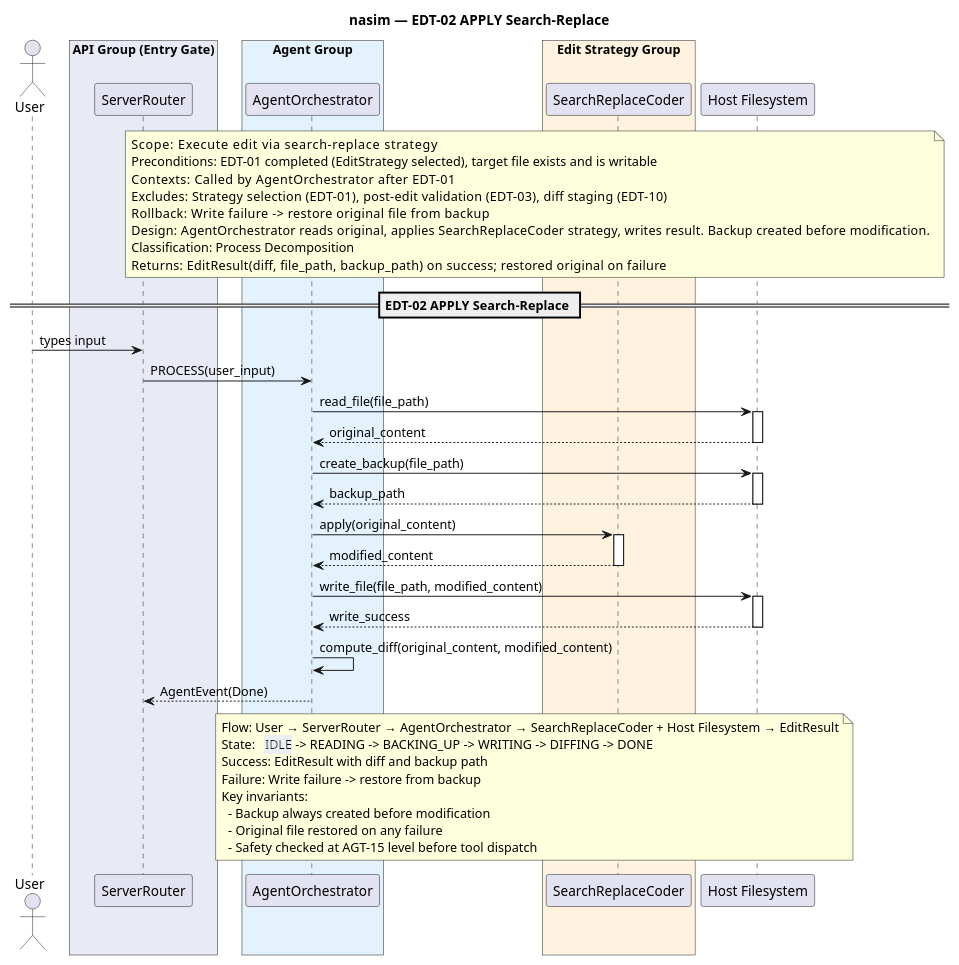
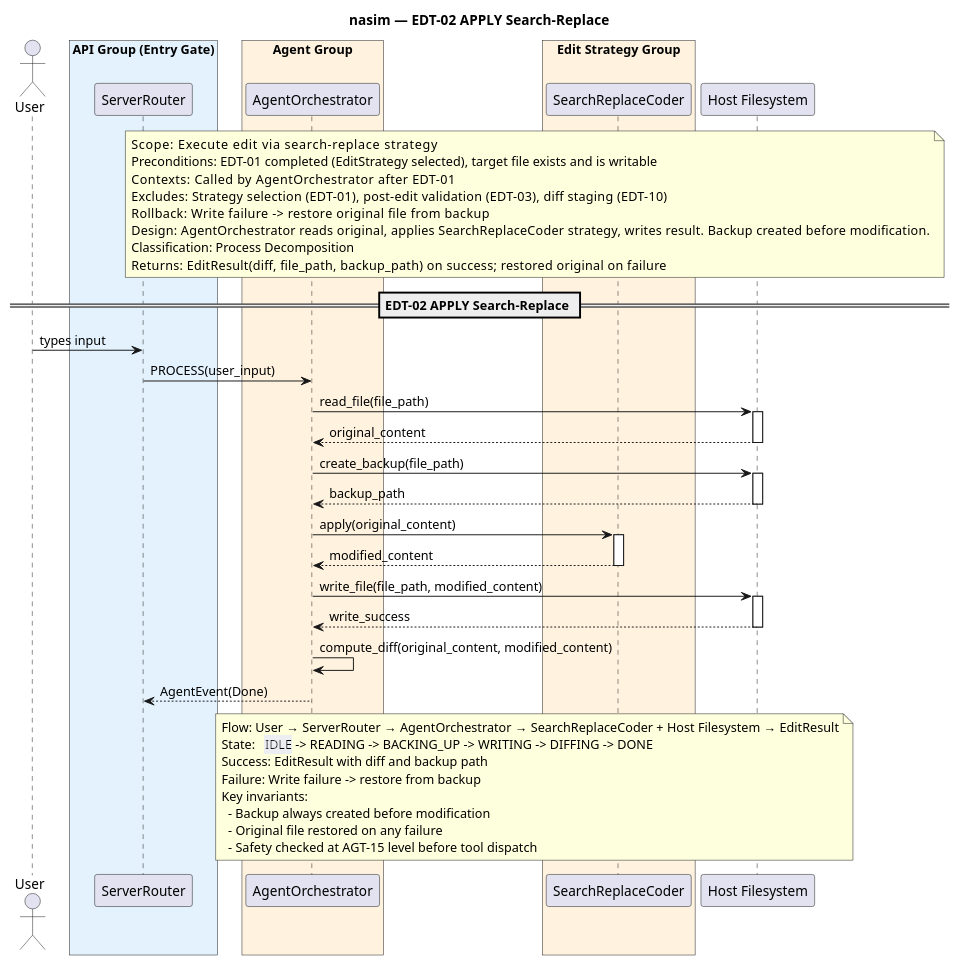
The diagram in docs/SQ/EDT/sq_edt02_apply_search_replace.puml (salimnamvar/nasim), drawn with PlantUML before and after one commit. The commit also changed 193 other files, not shown here.

First line of the commit message:
docs: Add role prompts and documentation for architectural refinement

```diff
--- a/docs/SQ/EDT/sq_edt02_apply_search_replace.puml
+++ b/docs/SQ/EDT/sq_edt02_apply_search_replace.puml
@@ -1,78 +1,78 @@
 @startuml sq_edt02_apply_search_replace
 ' ============================================================
 ' Title:     EDT-02 — APPLY Search-Replace
 ' Boundary:  nasim code agent
 ' Purpose:   Execute edit via search-replace strategy
 ' Milestone: v1.0
 ' Version:   9.1.0
 ' Source:    CAR refinement loop — API-First transformation
 ' Review:    CAR audit 2026-06-26 (removed EditApplier phantom, fixed box naming)
 ' ============================================================
 
 title nasim — EDT-02 APPLY Search-Replace
 
 actor "User" as user
 
-box "API Group (Entry Gate)" #E8EAF6
+box "API Group (Entry Gate)" #E3F2FD
   participant "ServerRouter" as router
 end box
-box "Agent Group" #E3F2FD
+box "Agent Group" #FFF3E0
   participant "AgentOrchestrator" as agent
 end box
 box "Edit Strategy Group" #FFF3E0
   participant "SearchReplaceCoder" as strategy
 end box
 participant "Host Filesystem" as fs
 
 note over agent, fs
   Scope:          Execute edit via search-replace strategy
   Preconditions:  EDT-01 completed (EditStrategy selected), target file exists and is writable
   Contexts:       Called by AgentOrchestrator after EDT-01
   Excludes:       Strategy selection (EDT-01), post-edit validation (EDT-03), diff staging (EDT-10)
   Rollback:       Write failure -> restore original file from backup
   Design:         AgentOrchestrator reads original, applies SearchReplaceCoder strategy, writes result. Backup created before modification.
   Classification: Process Decomposition
   Returns:        EditResult(diff, file_path, backup_path) on success; restored original on failure
 end note
 
 == EDT-02 APPLY Search-Replace ==
 
 user -> router : types input
 router -> agent : PROCESS(user_input)
 
 agent -> fs : read_file(file_path)
 activate fs
 fs --> agent : original_content
 deactivate fs
 
 agent -> fs : create_backup(file_path)
 activate fs
 fs --> agent : backup_path
 deactivate fs
 
 agent -> strategy : apply(original_content)
 activate strategy
 strategy --> agent : modified_content
 deactivate strategy
 
 agent -> fs : write_file(file_path, modified_content)
 activate fs
 fs --> agent : write_success
 deactivate fs
 
 agent -> agent : compute_diff(original_content, modified_content)
 
 agent --> router : AgentEvent(Done)
 
 note over agent, fs
   Flow:    User → ServerRouter → AgentOrchestrator → SearchReplaceCoder + Host Filesystem → EditResult
   State:   <back:#ECEFF1>IDLE</back> -> READING -> BACKING_UP -> WRITING -> DIFFING -> DONE
   Success: EditResult with diff and backup path
   Failure: Write failure -> restore from backup
   Key invariants:
     - Backup always created before modification
     - Original file restored on any failure
     - Safety checked at AGT-15 level before tool dispatch
 end note
 
 @enduml
```
